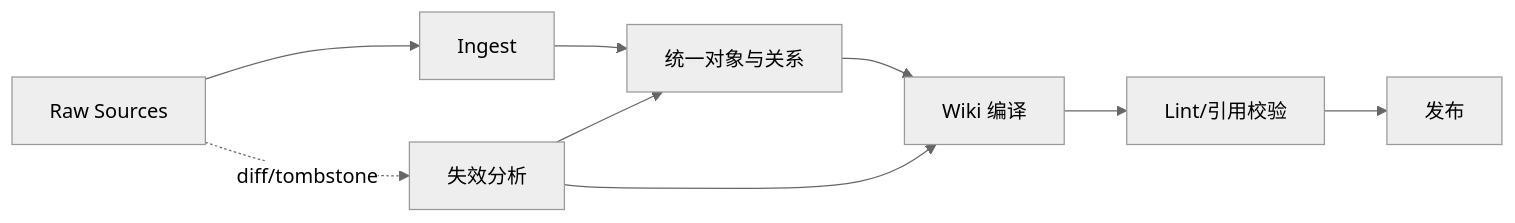
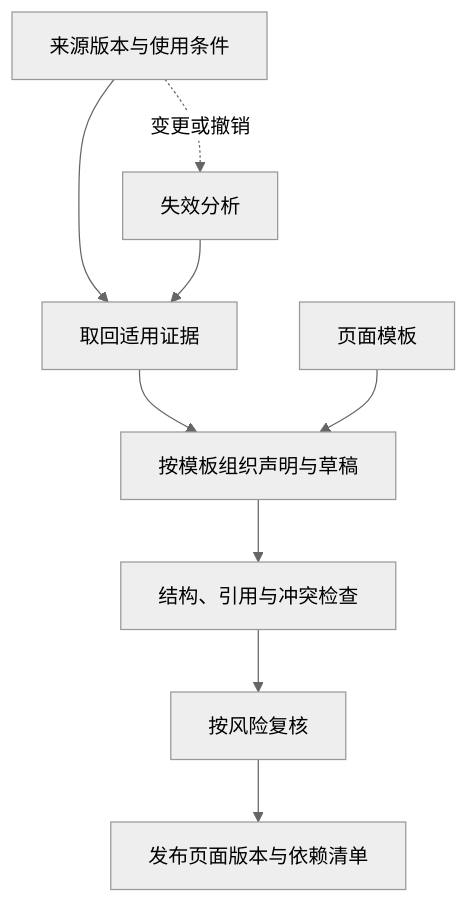
The diagram in book/part-2/chapter-07.md (LENSHOOD/enterprise-context-book), drawn with Mermaid (neutral theme) before and after one commit. The commit also changed other lines of this file and 23 other files, not shown here.

````diff
--- a/book/part-2/chapter-07.md
+++ b/book/part-2/chapter-07.md
@@ -46,11 +48,11 @@
 ```mermaid
-flowchart LR
-  R[Raw Sources] --> I[Ingest]
-  I --> O[统一对象与关系]
-  O --> W[Wiki 编译]
-  W --> L[Lint/引用校验]
-  L --> P[发布]
-  R -.diff/tombstone.-> S[失效分析]
-  S --> O
-  S --> W
+flowchart TB
+  R[来源版本与使用条件] --> E[取回适用证据]
+  E --> W[按模板组织声明与草稿]
+  T[页面模板] --> W
+  W --> L[结构、引用与冲突检查]
+  L --> H[按风险复核]
+  H --> P[发布页面版本与依赖清单]
+  R -.变更或撤销.-> S[失效分析]
+  S --> E
 ```
````
